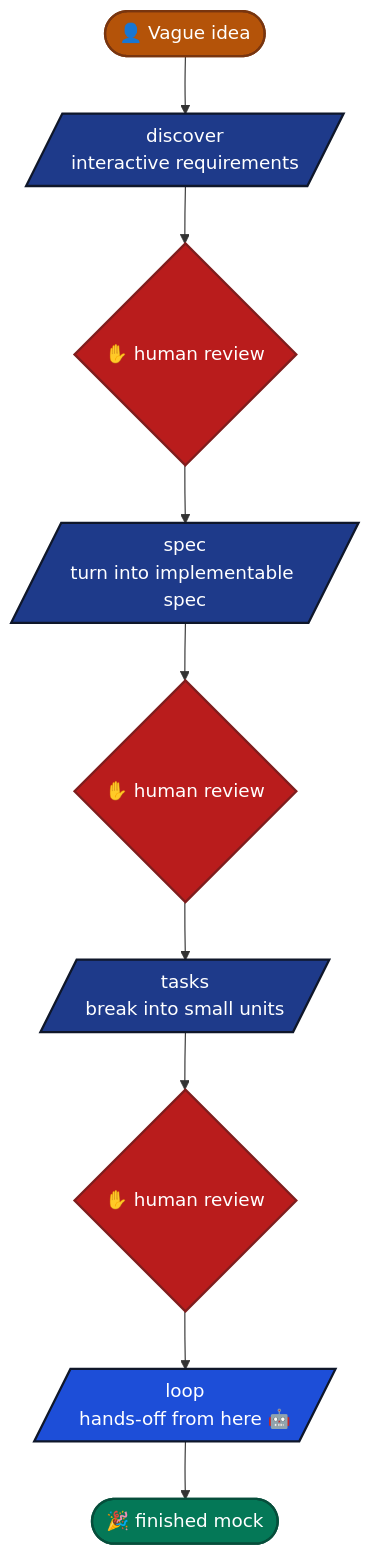
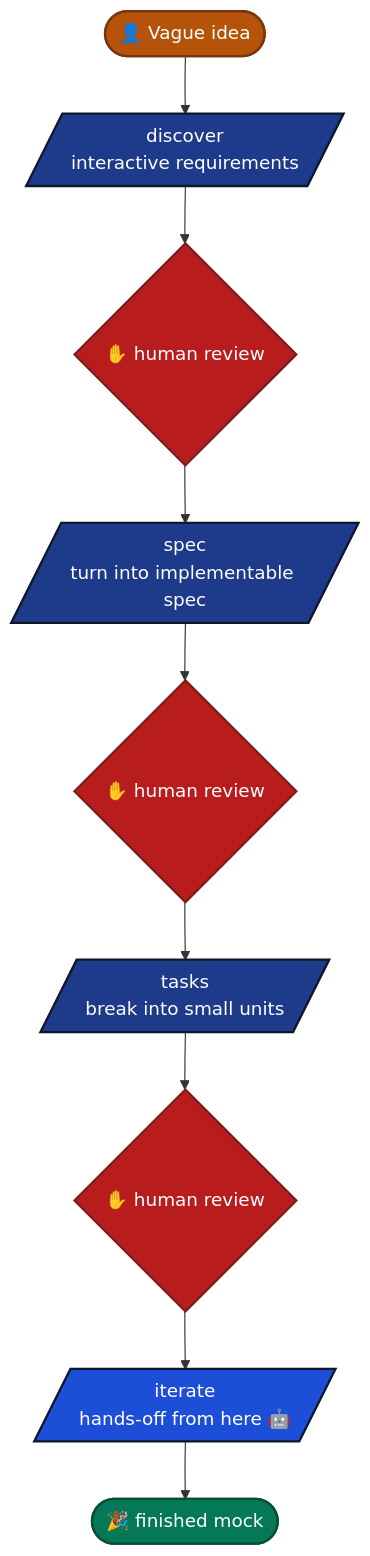
The first of 2 diagrams in README.md (nukacha/claude-code-mock-starter), drawn with Mermaid before and after one commit. The commit also changed other lines of this file and 7 other files, not shown here.

````diff
--- a/README.md
+++ b/README.md
@@ -206,21 +206,21 @@
 ```mermaid
 flowchart TD
     A([👤 Vague idea]) --> B[/discover<br/>interactive requirements/]
     B --> R1{✋ human review}
     R1 --> C[/spec<br/>turn into implementable spec/]
     C --> R2{✋ human review}
     R2 --> D[/tasks<br/>break into small units/]
     D --> R3{✋ human review}
-    R3 --> E[/loop<br/>hands-off from here 🤖/]
+    R3 --> E[/iterate<br/>hands-off from here 🤖/]
     E --> F([🎉 finished mock])
 
     style A fill:#b45309,stroke:#78350f,stroke-width:2px,color:#ffffff
     style B fill:#1e3a8a,stroke:#0f172a,stroke-width:2px,color:#ffffff
     style C fill:#1e3a8a,stroke:#0f172a,stroke-width:2px,color:#ffffff
     style D fill:#1e3a8a,stroke:#0f172a,stroke-width:2px,color:#ffffff
     style E fill:#1d4ed8,stroke:#0f172a,stroke-width:2px,color:#ffffff
     style F fill:#047857,stroke:#064e3b,stroke-width:2px,color:#ffffff
     style R1 fill:#b91c1c,stroke:#7f1d1d,stroke-width:2px,color:#ffffff
     style R2 fill:#b91c1c,stroke:#7f1d1d,stroke-width:2px,color:#ffffff
     style R3 fill:#b91c1c,stroke:#7f1d1d,stroke-width:2px,color:#ffffff
 ```
````
